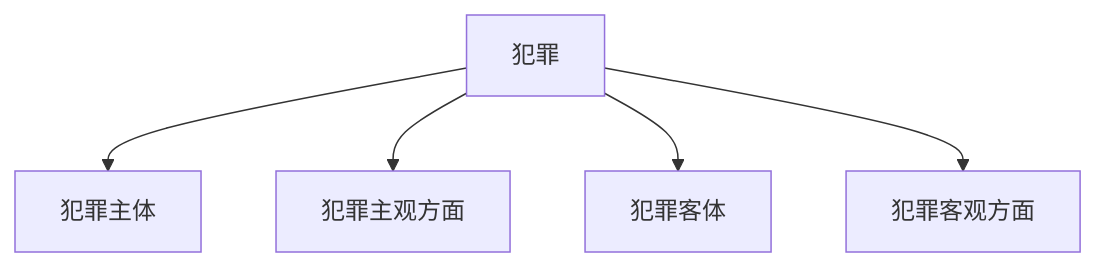
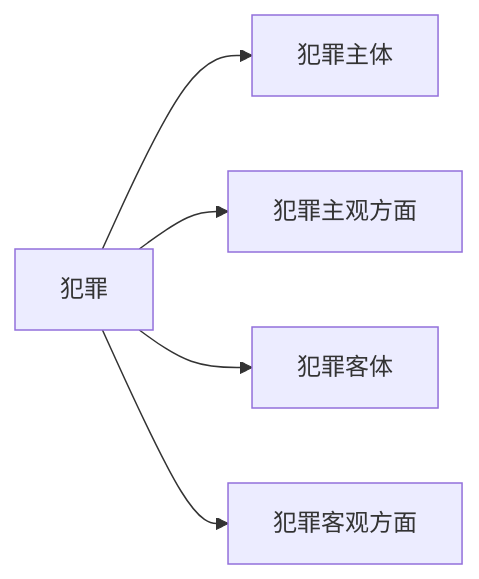
Before and after one commit to emary3399/obsidian_note: the diagram in emary/公基/法律/刑法/2.犯罪概述.md, drawn with Mermaid. The commit also changed other lines of this file and 5 other files, not shown here.

````diff
--- a/emary/公基/法律/刑法/2.犯罪概述.md
+++ b/emary/公基/法律/刑法/2.犯罪概述.md
@@ -16,7 +16,7 @@
 ```mermaid
-graph TD;
+graph LR;
     A[犯罪] --> B[犯罪主体]
     A --> C[犯罪主观方面]
     A --> D[犯罪客体]
     A --> E[犯罪客观方面]
 ```
````
